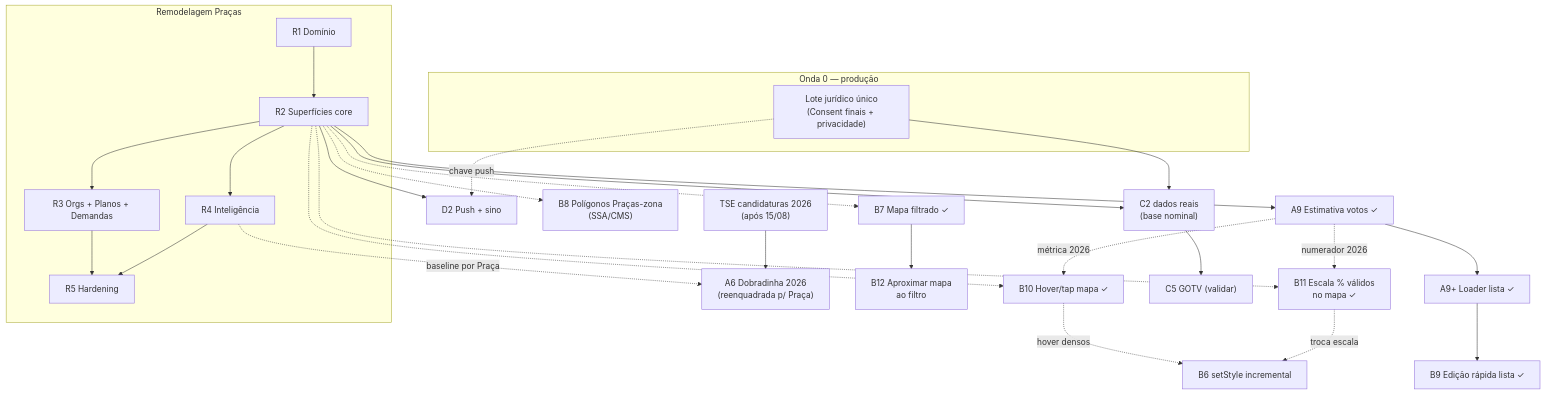
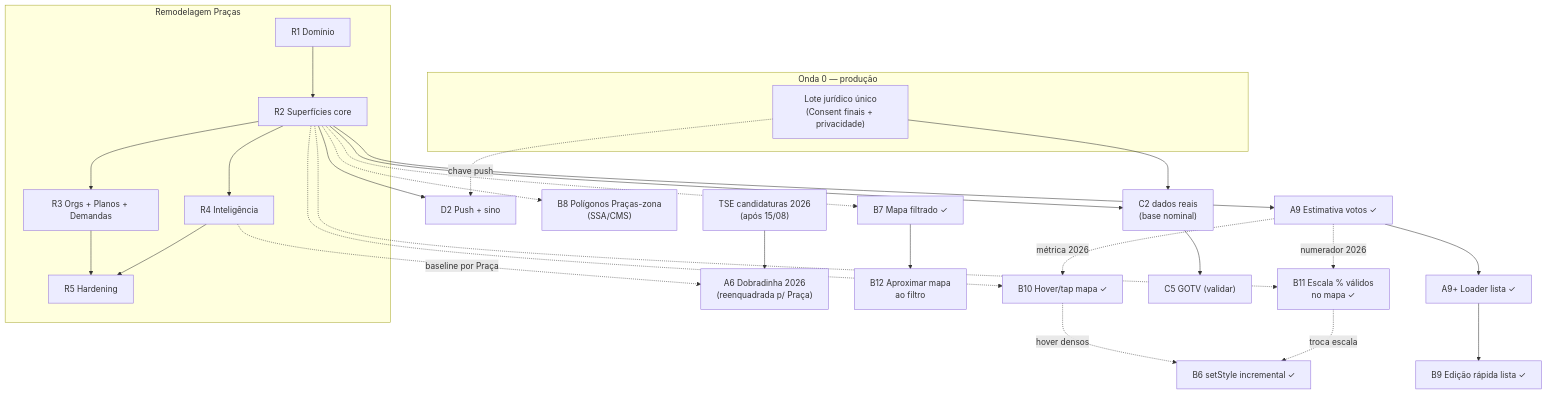
One commit to fsolla/teqo changed the diagram in docs/roadmap.md. Above: the diagram before and after it, drawn with Mermaid. The commit also changed other lines of this file and 9 other files, not shown here.

First line of the commit message:
Deliver B6 incremental BahiaMap setStyle and absorb post-simplify debts.

````diff
--- a/docs/roadmap.md
+++ b/docs/roadmap.md
@@ -50,36 +50,36 @@
 ```mermaid
 flowchart TD
     subgraph Onda0["Onda 0 — produção"]
         JUR["Lote jurídico único<br/>(Consent finais + privacidade)"]
     end
 
     subgraph Remodel["Remodelagem Praças"]
         R1["R1 Domínio"]
         R2["R2 Superfícies core"]
         R3["R3 Orgs + Planos + Demandas"]
         R4["R4 Inteligência"]
         R5["R5 Hardening"]
     end
 
     R1 --> R2 --> R3 --> R5
     R2 --> R4 --> R5
     JUR --> C2prod["C2 dados reais<br/>(base nominal)"]
     R2 --> C2prod
     TSE2026["TSE candidaturas 2026<br/>(após 15/08)"] --> A6["A6 Dobradinha 2026<br/>(reenquadrada p/ Praça)"]
     R4 -.baseline por Praça.-> A6
     R2 --> D2["D2 Push + sino"]
     R2 --> A9["A9 Estimativa votos ✓"]
     A9 --> A9plus["A9+ Loader lista ✓"]
     A9plus --> B9["B9 Edição rápida lista ✓"]
     R2 -.-> B7["B7 Mapa filtrado ✓"]
     B7 --> B12["B12 Aproximar mapa<br/>ao filtro"]
     R2 -.-> B8["B8 Polígonos Praças-zona<br/>(SSA/CMS)"]
     R2 -.-> B10["B10 Hover/tap mapa ✓"]
     R2 -.-> B11["B11 Escala % válidos<br/>no mapa ✓"]
     A9 -.métrica 2026.-> B10
     A9 -.numerador 2026.-> B11
-    B10 -.hover densos.-> B6["B6 setStyle incremental"]
+    B10 -.hover densos.-> B6["B6 setStyle incremental ✓"]
     B11 -.troca escala.-> B6
     JUR -.chave push.-> D2
     C2prod --> C5["C5 GOTV (validar)"]
 ```
````
